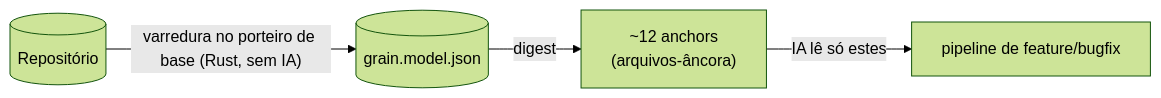
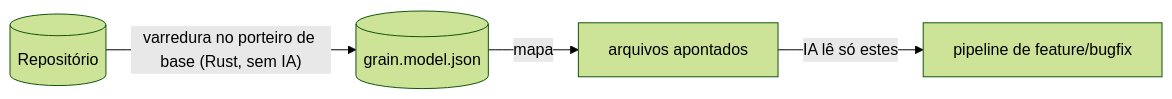
The first of 2 diagrams in README.md (rubensrpj/mustard), drawn with Mermaid (forest theme) before and after one commit. The commit also changed other lines of this file and 74 other files, not shown here.

````diff
--- a/README.md
+++ b/README.md
@@ -17,6 +17,6 @@
 ```mermaid
 flowchart LR
     repo[("Repositório")] -->|"varredura no porteiro de base (Rust, sem IA)"| model[("grain.model.json")]
-    model -->|digest| anchors["~12 anchors<br/>(arquivos-âncora)"]
+    model -->|mapa| anchors["arquivos apontados"]
     anchors -->|"IA lê só estes"| work["pipeline de feature/bugfix"]
 ```
````
